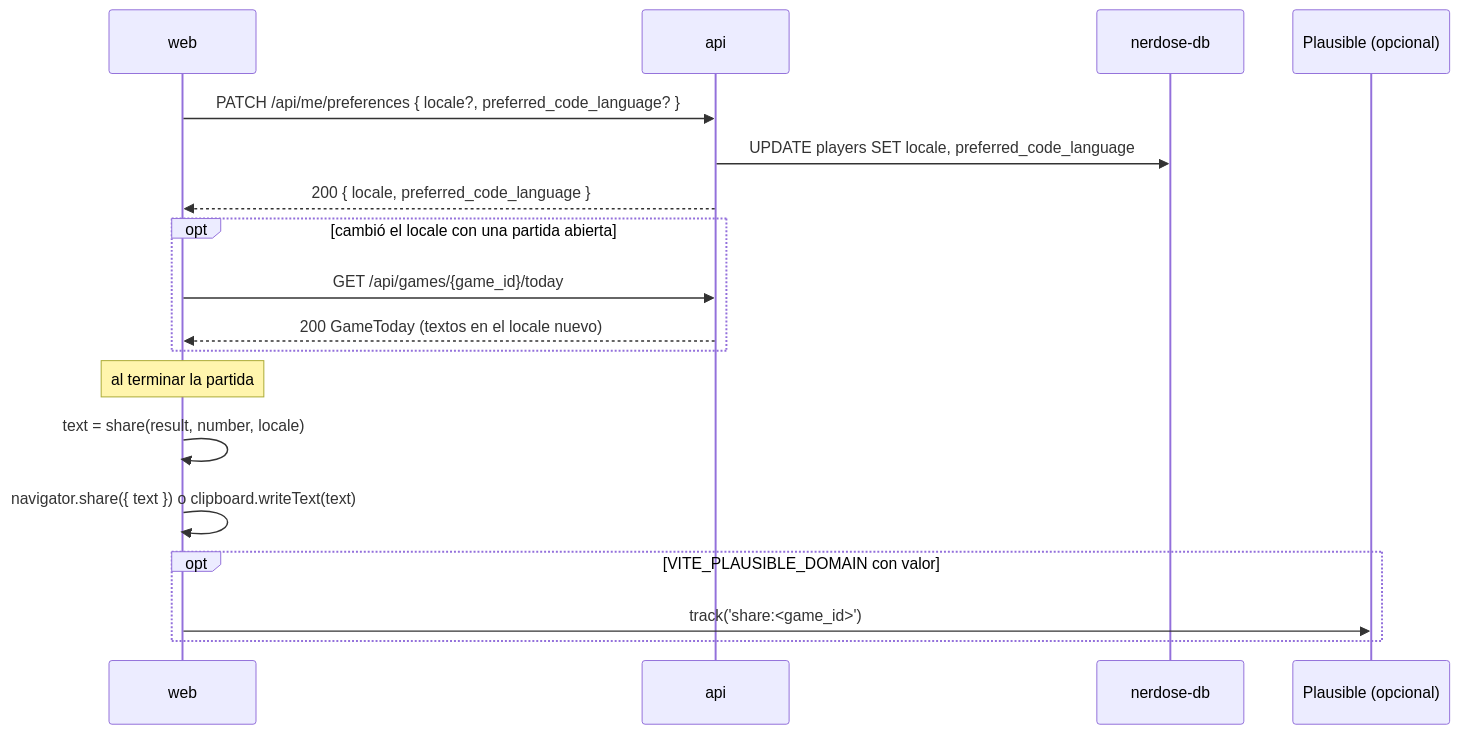
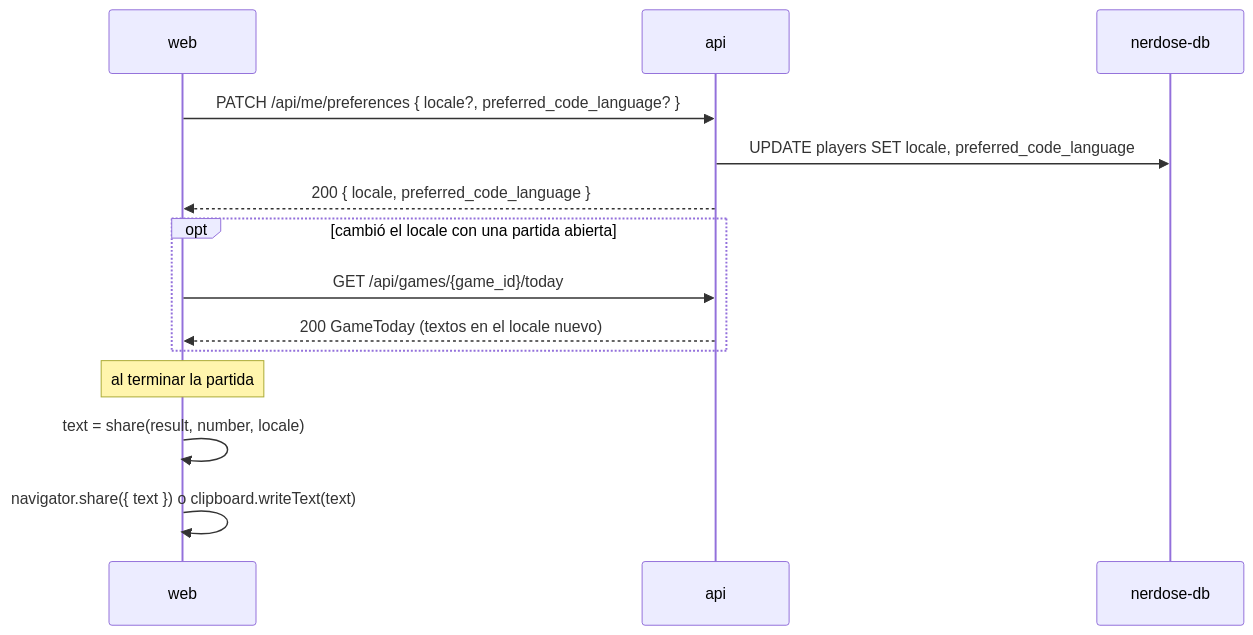
One commit to Bernacchialuca/nerdose changed the diagram in docs/flows/preferencias-y-share.md. Above: the diagram before and after it, drawn with Mermaid. The commit also changed other lines of this file and 43 other files, not shown here.

````diff
--- a/docs/flows/preferencias-y-share.md
+++ b/docs/flows/preferencias-y-share.md
@@ -34,21 +33,17 @@
 ```mermaid
 sequenceDiagram
     participant W as web
     participant A as api
     participant DB as nerdose-db
-    participant P as Plausible (opcional)
 
     W->>A: PATCH /api/me/preferences { locale?, preferred_code_language? }
     A->>DB: UPDATE players SET locale, preferred_code_language
     A-->>W: 200 { locale, preferred_code_language }
     opt cambió el locale con una partida abierta
         W->>A: GET /api/games/{game_id}/today
         A-->>W: 200 GameToday (textos en el locale nuevo)
     end
     Note over W: al terminar la partida
     W->>W: text = share(result, number, locale)
     W->>W: navigator.share({ text }) o clipboard.writeText(text)
-    opt VITE_PLAUSIBLE_DOMAIN con valor
-        W->>P: track('share:<game_id>')
-    end
 ```
````
